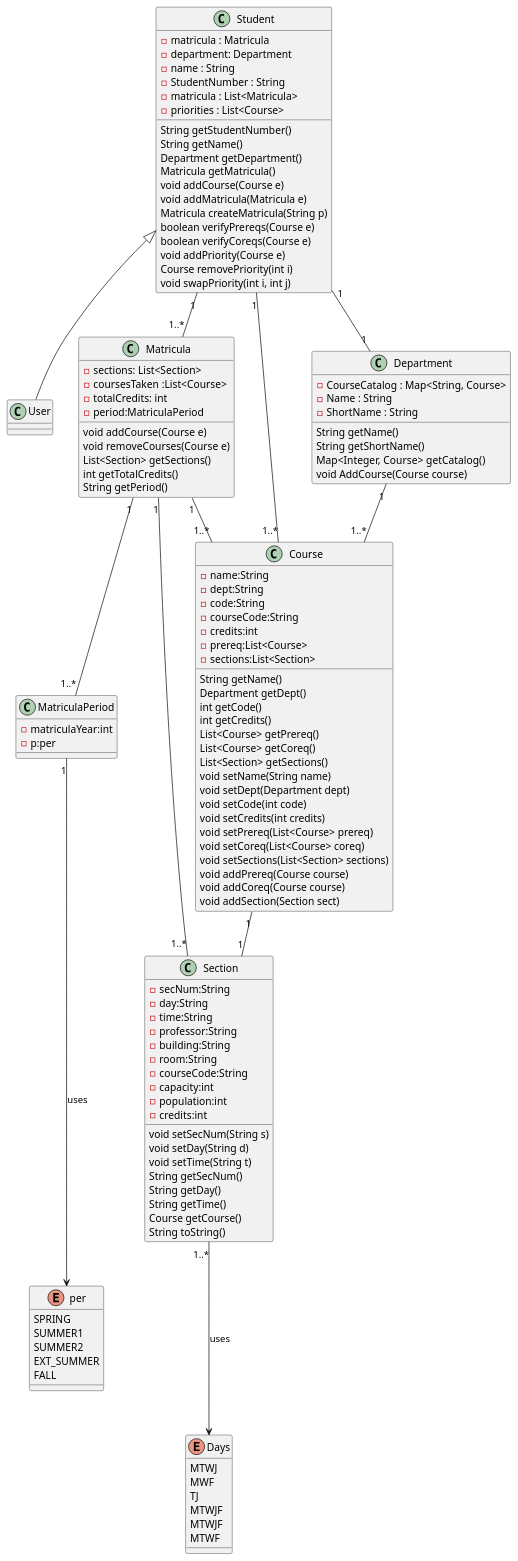
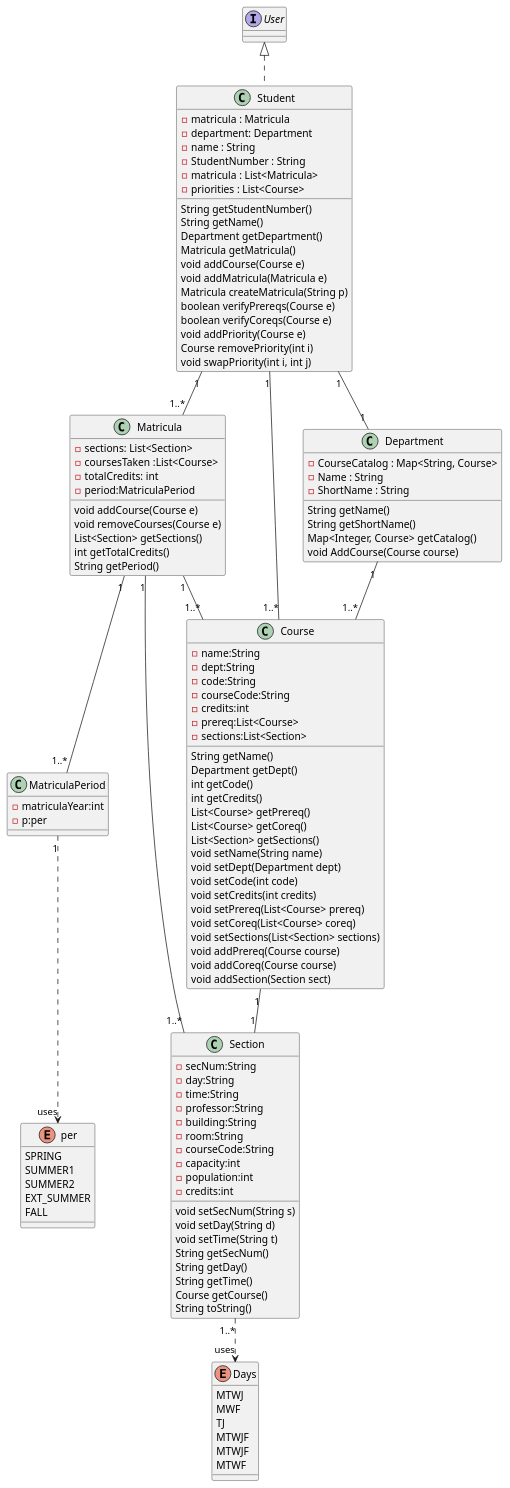
The diagram in front-end/src/classDiagram.puml (uprm-inso-4101-2020-2021-S1/semester-project-almond-software-llc), drawn with PlantUML before and after one commit.

Commit message:
final changes to diagram

```diff
--- a/front-end/src/classDiagram.puml
+++ b/front-end/src/classDiagram.puml
@@ -1,122 +1,121 @@
 @startuml classDiagram
-Student <|-- User
-MatriculaPeriod "1" ---> per:uses
-Section "1..*" ---> Days:uses
+MatriculaPeriod "1" -[dashed]-> "uses" per
+Section "1..*" -[dashed]-> "uses" Days
 Student "1" -- "1..*" Matricula 
 Student "1" -- "1..*" Course
 Student "1" -- "1" Department
 Department "1" -- "1..*" Course
 Matricula "1" -- "1..*" Section
 Matricula "1" -- "1..*" Course
 Course "1" -- "1" Section
 Matricula "1" -- "1..*" MatriculaPeriod
 
-Class Student{
+Class Student implements User{
     -matricula : Matricula
     -department: Department
     -name : String
     -StudentNumber : String
     -matricula : List<Matricula>
     -priorities : List<Course>
     String getStudentNumber()
     String getName()
     Department getDepartment()
     Matricula getMatricula()
     void addCourse(Course e)
     void addMatricula(Matricula e)
     Matricula createMatricula(String p)
     boolean verifyPrereqs(Course e)
     boolean verifyCoreqs(Course e)
     void addPriority(Course e)
     Course removePriority(int i)
     void swapPriority(int i, int j)
 }
-Class Department{
+Class Department {
     -CourseCatalog : Map<String, Course>
     -Name : String
     -ShortName : String
     String getName()
     String getShortName()
     Map<Integer, Course> getCatalog()
     void AddCourse(Course course)
 
 }
 Class Matricula{
     -sections: List<Section>
     -coursesTaken :List<Course>
     -totalCredits: int
     -period:MatriculaPeriod
     void addCourse(Course e)
     void removeCourses(Course e)
     List<Section> getSections()
     int getTotalCredits()
     String getPeriod()
     
 }
 class MatriculaPeriod{
     -matriculaYear:int
     -p:per
 }
 enum per{
     SPRING 
     SUMMER1
     SUMMER2
     EXT_SUMMER
     FALL
 }
 Class Course{
     -name:String
     -dept:String
     -code:String
     -courseCode:String
     -credits:int
     -prereq:List<Course>
     -sections:List<Section>
     String getName()
     Department getDept()
     int getCode()
     int getCredits()
     List<Course> getPrereq()
     List<Course> getCoreq()
     List<Section> getSections()
     void setName(String name)
     void setDept(Department dept)
     void setCode(int code)
     void setCredits(int credits)
     void setPrereq(List<Course> prereq)
     void setCoreq(List<Course> coreq)
     void setSections(List<Section> sections)
     void addPrereq(Course course)
     void addCoreq(Course course)
     void addSection(Section sect)
 }
 Class Section{
     -secNum:String
     -day:String
     -time:String
     -professor:String
     -building:String
     -room:String
     -courseCode:String
     -capacity:int
     -population:int
     -credits:int
     void setSecNum(String s)
     void setDay(String d)
     void setTime(String t)
     String getSecNum()
     String getDay()
     String getTime()
     Course getCourse()
     String toString()
 }
 enum Days{
     MTWJ
     MWF
     TJ
     MTWJF
     MTWJF
     MTWF
 
 }
 @enduml
```
